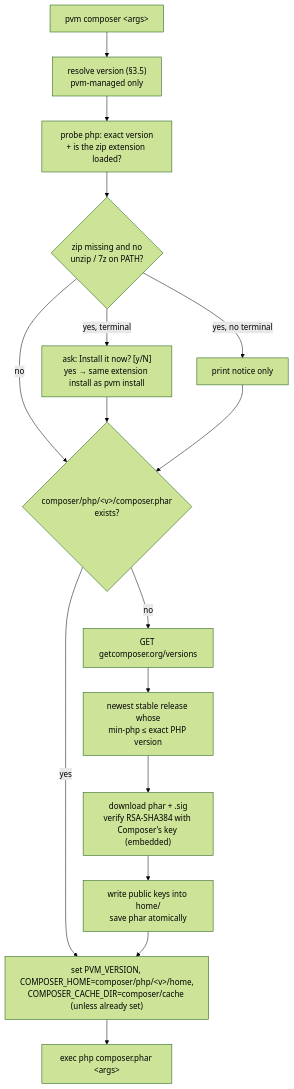
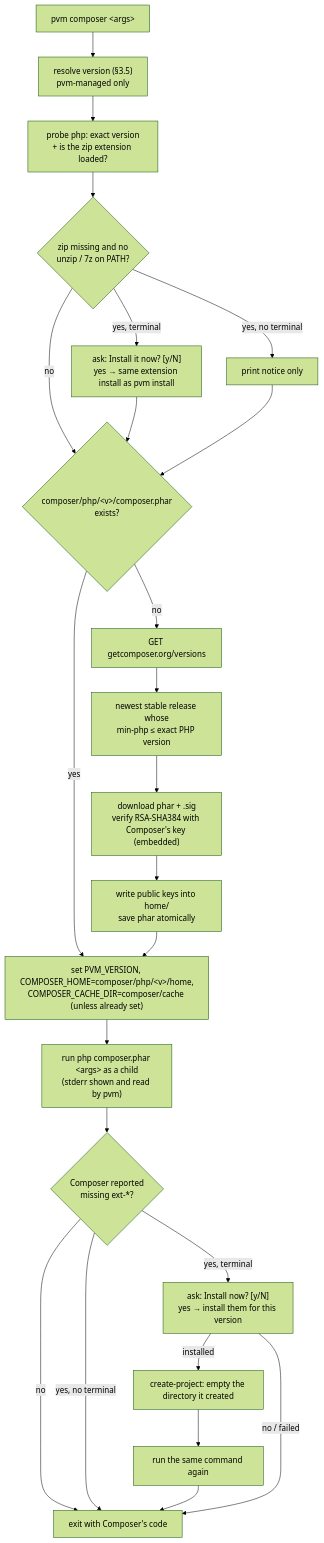
The fifth of 5 diagrams in docs/flow.md (rejmann/pvm), drawn with Mermaid (forest theme) before and after one commit. The commit also changed other lines of this file and 14 other files, not shown here.

First line of the commit message:
feat(composer): instala extensões do PHP sob demanda

````diff
--- a/docs/flow.md
+++ b/docs/flow.md
@@ -209,20 +209,27 @@
 ```mermaid
 flowchart TD
     A["pvm composer #lt;args#gt;"] --> B["resolve version (§3.5)<br/>pvm-managed only"]
     B --> C["probe php: exact version<br/>+ is the zip extension loaded?"]
     C --> D{"zip missing and no<br/>unzip / 7z on PATH?"}
     D -- yes, terminal --> D1["ask: Install it now? [y/N]<br/>yes → same extension install as pvm install"]
     D -- yes, no terminal --> D2["print notice only"]
     D -- no --> E
     D1 --> E
     D2 --> E
     E{"composer/php/#lt;v#gt;/composer.phar<br/>exists?"}
     E -- yes --> H
     E -- no --> F1["GET getcomposer.org/versions"]
     F1 --> F2["newest stable release whose<br/>min-php ≤ exact PHP version"]
     F2 --> F3["download phar + .sig<br/>verify RSA-SHA384 with Composer's key (embedded)"]
     F3 --> F4["write public keys into home/<br/>save phar atomically"]
     F4 --> H
     H["set PVM_VERSION, COMPOSER_HOME=composer/php/#lt;v#gt;/home,<br/>COMPOSER_CACHE_DIR=composer/cache (unless already set)"]
-    H --> I["exec php composer.phar #lt;args#gt;"]
+    H --> I["run php composer.phar #lt;args#gt; as a child<br/>(stderr shown and read by pvm)"]
+    I --> J{"Composer reported<br/>missing ext-*?"}
+    J -- no --> X["exit with Composer's code"]
+    J -- yes, terminal --> K["ask: Install now? [y/N]<br/>yes → install them for this version"]
+    J -- yes, no terminal --> X
+    K -- installed --> L["create-project: empty the directory it created"]
+    L --> M["run the same command again"] --> X
+    K -- no / failed --> X
 ```
````
